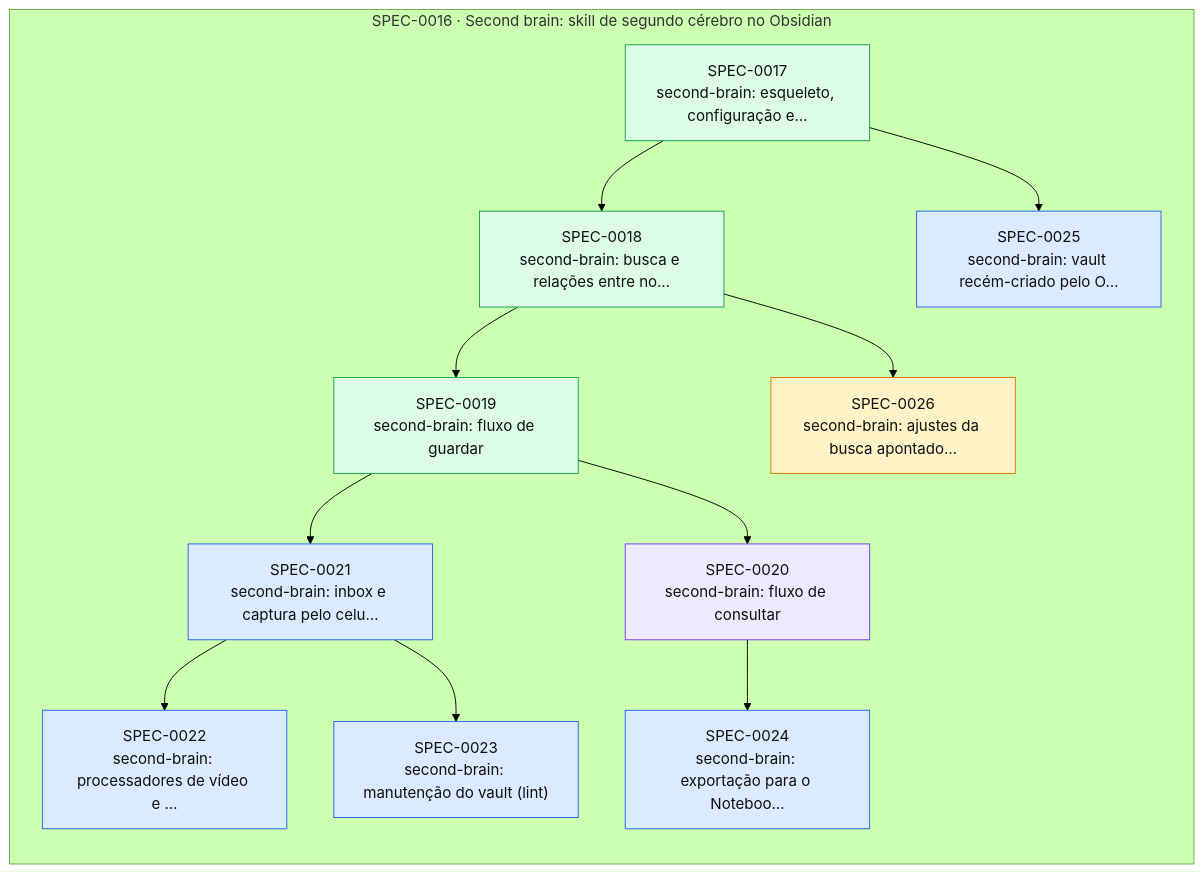
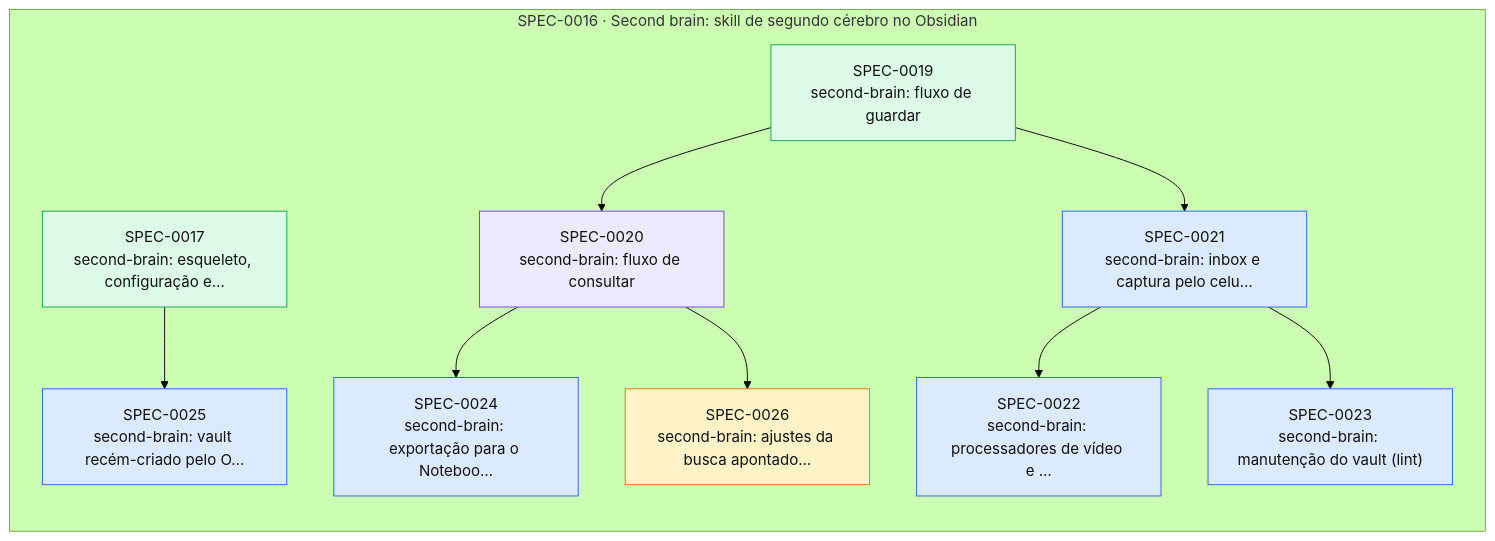
One commit to thomasravache/ai-dev-brain changed the diagram in docs/specs/INDEX.md. Above: the diagram before and after it, drawn with Mermaid (forest theme). The commit also changed other lines of this file and 1 other file, not shown here.

Commit message:
docs(specs): SPEC-0026 cobre também o index.md como atalho no context
Refs: SPEC-0026

````diff
--- a/docs/specs/INDEX.md
+++ b/docs/specs/INDEX.md
@@ -51,29 +51,26 @@
 ```mermaid
 flowchart LR
   subgraph E0016["SPEC-0016 · Second brain: skill de segundo cérebro no Obsidian"]
     S0017["SPEC-0017<br/>second-brain: esqueleto, configuração e…"]:::implemented
-    S0018["SPEC-0018<br/>second-brain: busca e relações entre no…"]:::implemented
     S0019["SPEC-0019<br/>second-brain: fluxo de guardar"]:::implemented
     S0020["SPEC-0020<br/>second-brain: fluxo de consultar"]:::inprogress
     S0021["SPEC-0021<br/>second-brain: inbox e captura pelo celu…"]:::approved
     S0022["SPEC-0022<br/>second-brain: processadores de vídeo e …"]:::approved
     S0023["SPEC-0023<br/>second-brain: manutenção do vault (lint)"]:::approved
     S0024["SPEC-0024<br/>second-brain: exportação para o Noteboo…"]:::approved
     S0025["SPEC-0025<br/>second-brain: vault recém-criado pelo O…"]:::approved
     S0026["SPEC-0026<br/>second-brain: ajustes da busca apontado…"]:::proposed
   end
-  S0017 --> S0018
-  S0018 --> S0019
   S0019 --> S0020
   S0019 --> S0021
   S0021 --> S0022
   S0021 --> S0023
   S0020 --> S0024
   S0017 --> S0025
-  S0018 --> S0026
+  S0020 --> S0026
   classDef proposed fill:#fef3c7,stroke:#d97706,color:#111
   classDef approved fill:#dbeafe,stroke:#2563eb,color:#111
   classDef inprogress fill:#ede9fe,stroke:#7c3aed,color:#111
   classDef implemented fill:#dcfce7,stroke:#16a34a,color:#111
   classDef deprecated fill:#f3f4f6,stroke:#9ca3af,color:#6b7280
 ```
````
